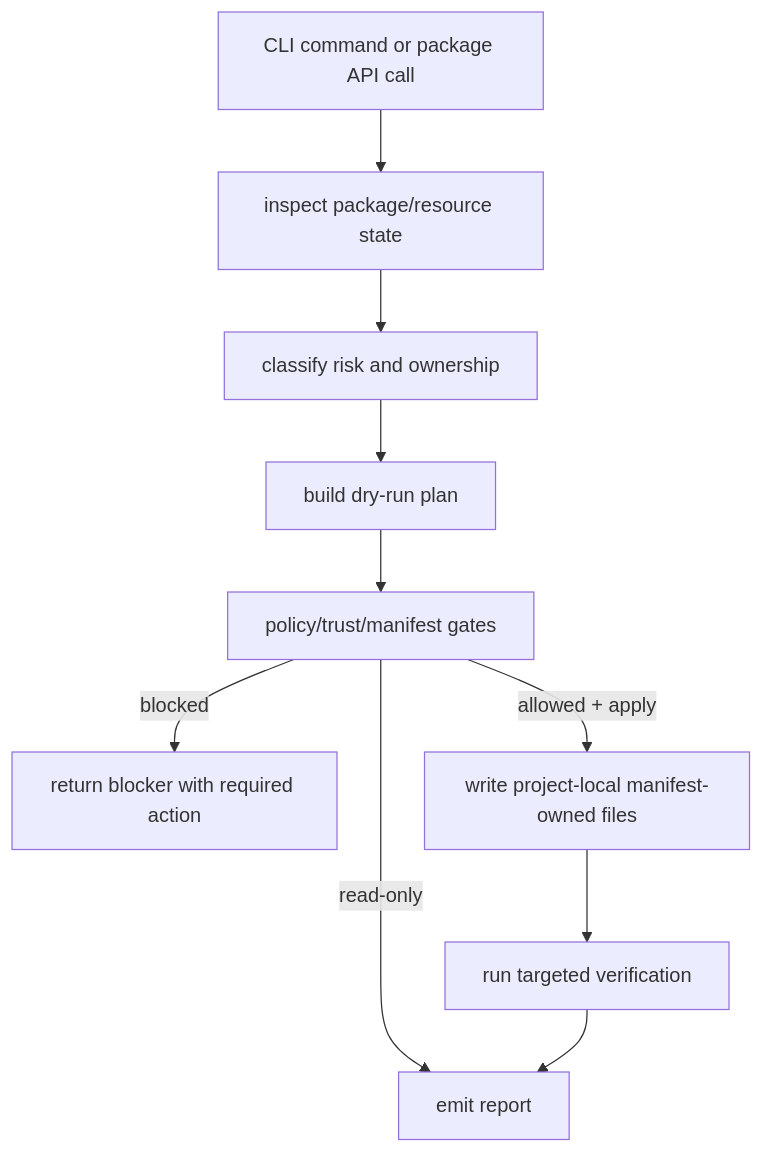
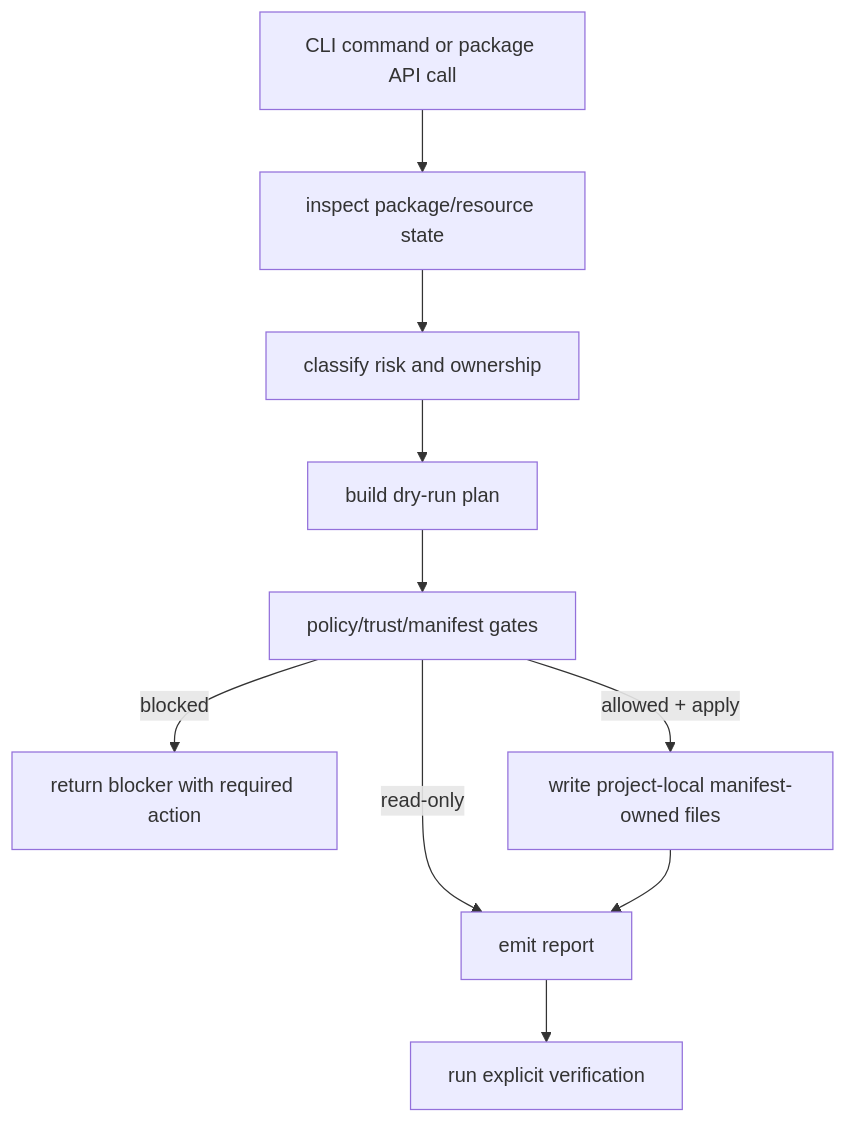
One commit to xsyetopz/ClaudeAgents changed the diagram in README.md. Above: the diagram before and after it, drawn with Mermaid. The commit also changed other lines of this file and 115 other files, not shown here.

````diff
--- a/README.md
+++ b/README.md
@@ -177,13 +329,13 @@
 ```mermaid
 flowchart TD
     Request[CLI command or package API call]
     Request --> Inspect[inspect package/resource state]
     Inspect --> Evaluate[classify risk and ownership]
     Evaluate --> Plan[build dry-run plan]
     Plan --> Gate[policy/trust/manifest gates]
     Gate -->|blocked| Blocked[return blocker with required action]
     Gate -->|allowed + apply| Apply[write project-local manifest-owned files]
     Gate -->|read-only| Report[emit report]
-    Apply --> Verify[run targeted verification]
-    Verify --> Report
+    Apply --> Report
+    Report --> Verify[run explicit verification]
 ```
````
